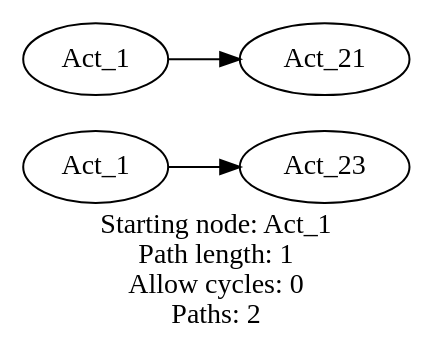
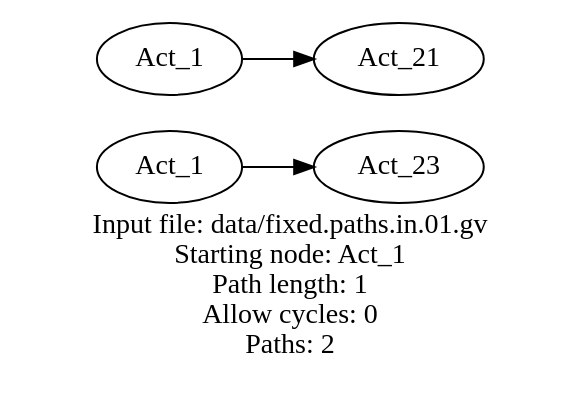
Before and after one commit to graphviz-perl/GraphViz2-Marpa-PathUtils: the diagram in out/fixed.paths.out.01.gv, drawn with Graphviz. The commit also changed 10 other files, not shown here.

Commit message:
Re-run some tests with the latest GraphViz2::Marpa V 2.03. Fix bugs

```diff
--- a/out/fixed.paths.out.01.gv
+++ b/out/fixed.paths.out.01.gv
@@ -1,12 +1,12 @@
 digraph fixed_length_paths
 {
-	label = "Starting node: Act_1\nPath length: 1\nAllow cycles: 0\nPaths: 2" rankdir = LR
+	label = "Input file: data/fixed.paths.in.01.gv\nStarting node: Act_1\nPath length: 1\nAllow cycles: 0\nPaths: 2" rankdir = LR
 
 	"1" [label = "Act_1"]
 	"2" [label = "Act_23"]
 	"3" [label = "Act_1"]
 	"4" [label = "Act_21"]
 
 	"1"  ->  "2"
 	"3"  ->  "4"
 }
```
